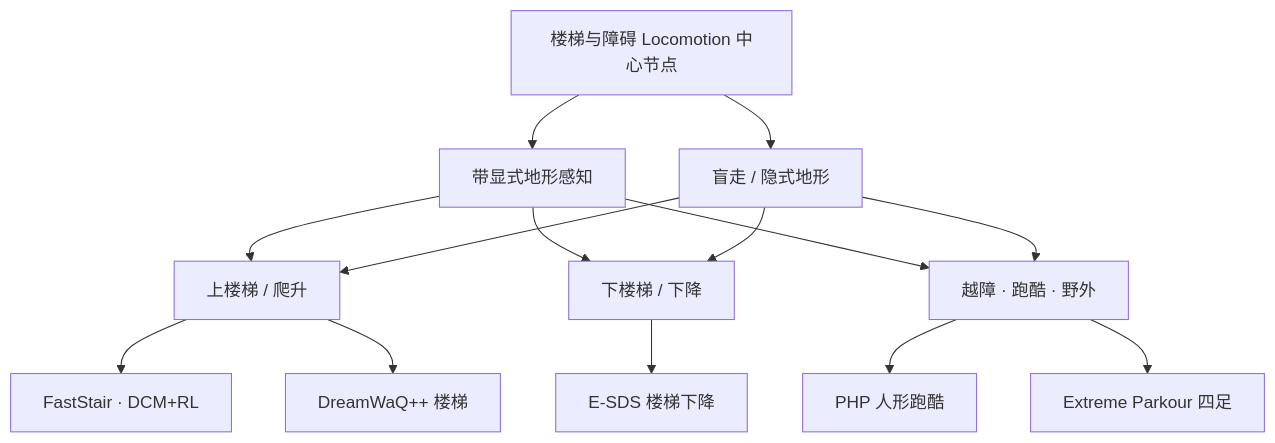
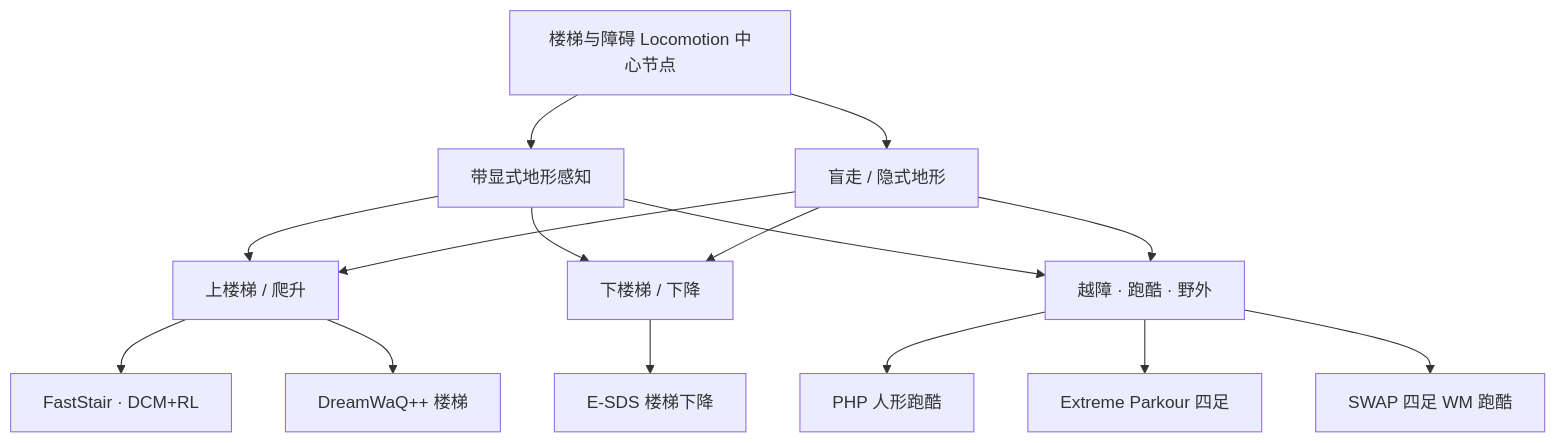
One commit to ImChong/Robotics_Notebooks changed the diagram in wiki/tasks/stair-obstacle-perceptive-locomotion.md. Above: the diagram before and after it, drawn with Mermaid. The commit also changed other lines of this file and 13 other files, not shown here.

````diff
--- a/wiki/tasks/stair-obstacle-perceptive-locomotion.md
+++ b/wiki/tasks/stair-obstacle-perceptive-locomotion.md
@@ -77,17 +79,18 @@
 ```mermaid
 flowchart TB
   H["楼梯与障碍 Locomotion 中心节点"]
   H --> P["带显式地形感知"]
   H --> B["盲走 / 隐式地形"]
   P --> SU["上楼梯 / 爬升"]
   P --> SD["下楼梯 / 下降"]
   P --> OB["越障 · 跑酷 · 野外"]
   B --> SU
   B --> SD
   B --> OB
   SU --> FS["FastStair · DCM+RL"]
   SU --> DW["DreamWaQ++ 楼梯"]
   SD --> ES["E-SDS 楼梯下降"]
   OB --> PHP["PHP 人形跑酷"]
   OB --> EP["Extreme Parkour 四足"]
+  OB --> SWAP["SWAP 四足 WM 跑酷"]
 ```
````
